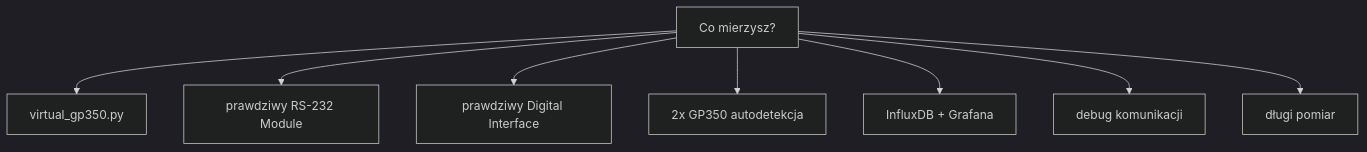
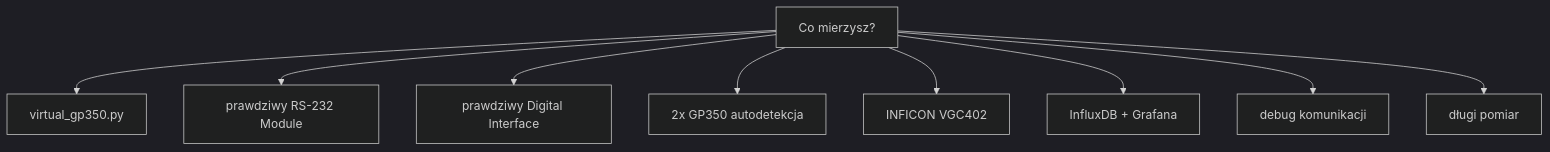
The diagram in docs/scenariusze_konfiguracji.md (alphatra/vacuum-instrument-monitor), drawn with Mermaid (dark theme) before and after one commit. The commit also changed other lines of this file and 45 other files, not shown here.

````diff
--- a/docs/scenariusze_konfiguracji.md
+++ b/docs/scenariusze_konfiguracji.md
@@ -6,10 +6,11 @@
 ```mermaid
 flowchart TD
     Start["Co mierzysz?"] --> Sim["virtual_gp350.py"]
     Start --> RS232["prawdziwy RS-232 Module"]
     Start --> Digital["prawdziwy Digital Interface"]
     Start --> Auto["2x GP350 autodetekcja"]
+    Start --> VGC["INFICON VGC402"]
     Start --> Grafana["InfluxDB + Grafana"]
     Start --> Debug["debug komunikacji"]
     Start --> Long["długi pomiar"]
 ```
````
